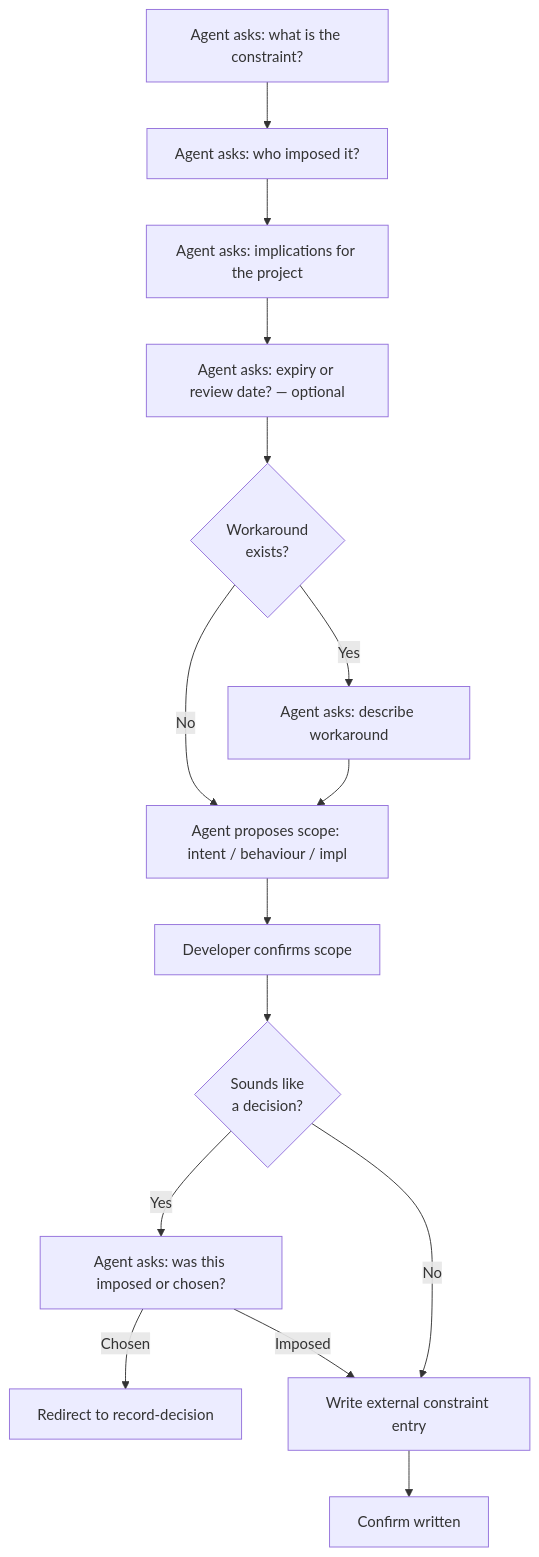
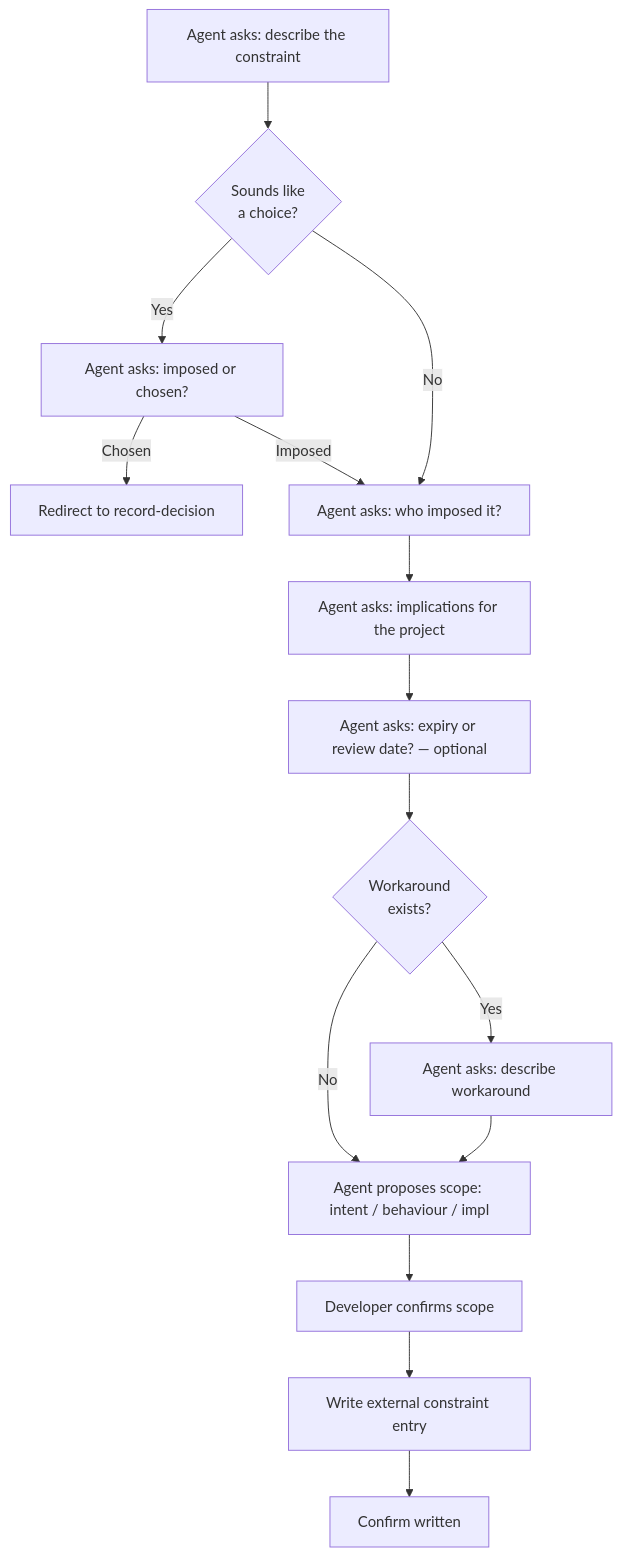
One commit to imix/taproot changed the diagram in taproot/specs/global-truth-store/author-design-constraints/record-external-constraint/usecase.md. Above: the diagram before and after it, drawn with Mermaid. The commit also changed other lines of this file and 6 other files, not shown here.

````diff
--- a/taproot/specs/global-truth-store/author-design-constraints/record-external-constraint/usecase.md
+++ b/taproot/specs/global-truth-store/author-design-constraints/record-external-constraint/usecase.md
@@ -55,17 +57,17 @@
 ```mermaid
 flowchart TD
-    A[Agent asks: what is the constraint?] --> B[Agent asks: who imposed it?]
-    B --> C[Agent asks: implications for the project]
-    C --> D[Agent asks: expiry or review date? — optional]
-    D --> E{Workaround\nexists?}
-    E -->|Yes| F[Agent asks: describe workaround]
-    E -->|No| G[Agent proposes scope: intent / behaviour / impl]
-    F --> G
-    G --> H[Developer confirms scope]
-    H --> I{Sounds like\na decision?}
-    I -->|Yes| J[Agent asks: was this imposed or chosen?]
-    J -->|Chosen| K[Redirect to record-decision]
-    J -->|Imposed| L[Write external constraint entry]
-    I -->|No| L
+    A[Agent asks: describe the constraint] --> B{Sounds like\na choice?}
+    B -->|Yes| C[Agent asks: imposed or chosen?]
+    C -->|Chosen| D[Redirect to record-decision]
+    C -->|Imposed| E[Agent asks: who imposed it?]
+    B -->|No| E
+    E --> F[Agent asks: implications for the project]
+    F --> G[Agent asks: expiry or review date? — optional]
+    G --> H{Workaround\nexists?}
+    H -->|Yes| I[Agent asks: describe workaround]
+    H -->|No| J[Agent proposes scope: intent / behaviour / impl]
+    I --> J
+    J --> K[Developer confirms scope]
+    K --> L[Write external constraint entry]
     L --> M[Confirm written]
 ```
````
